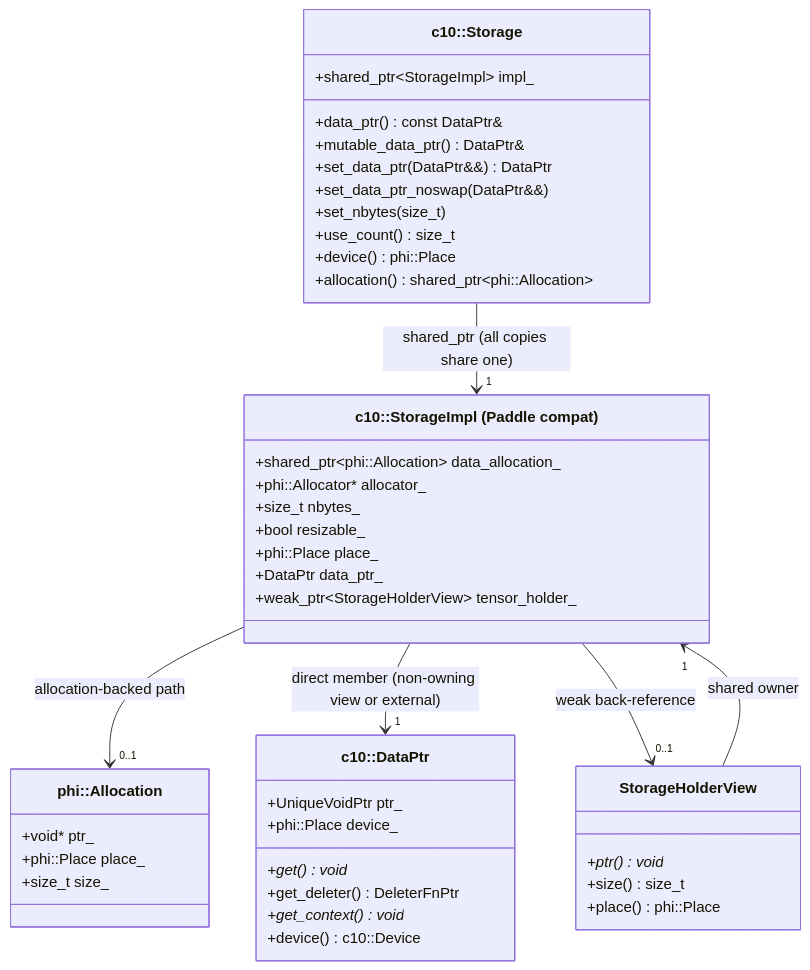
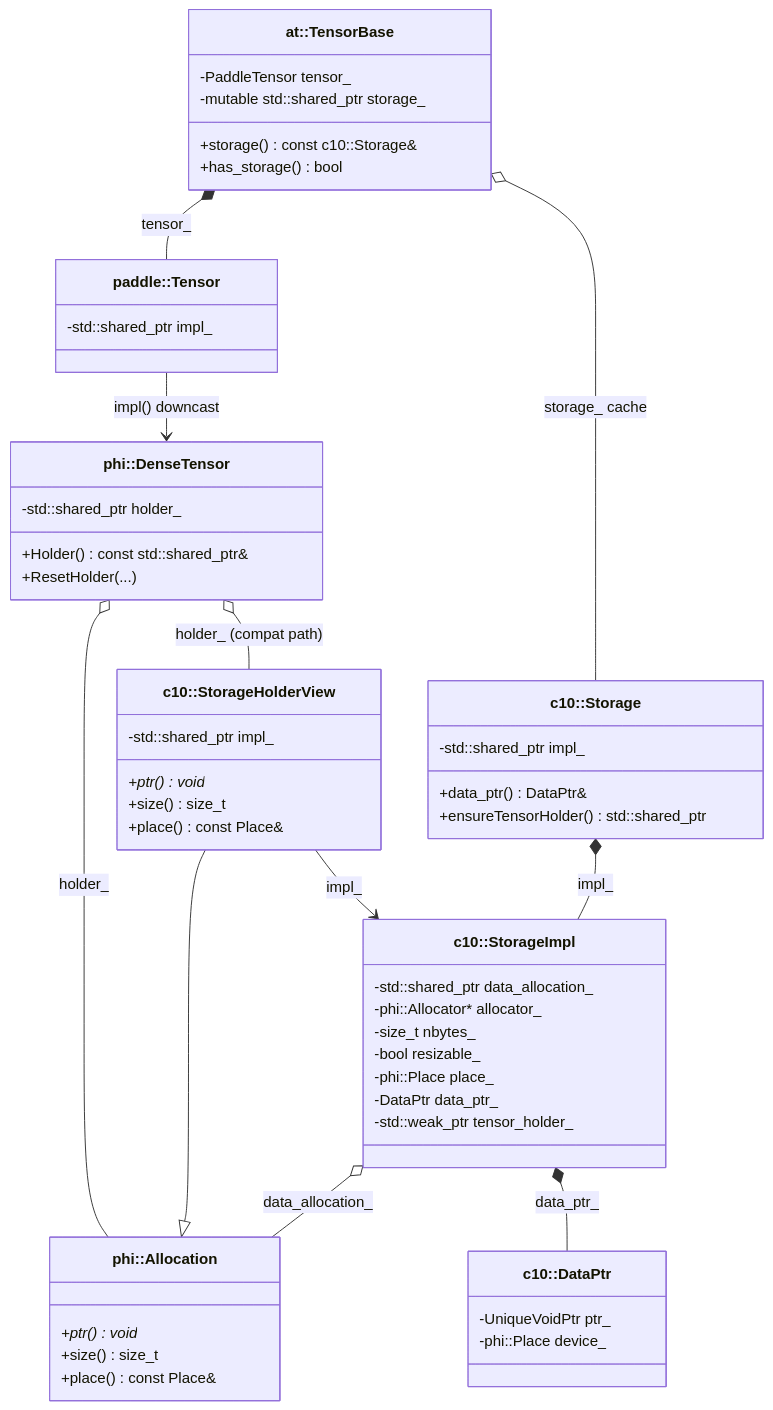
The first of 2 diagrams in doc/c10/core/storage_compat_arch.md (PFCCLab/PaddleCppAPITest), drawn with Mermaid before and after one commit. The commit also changed other lines of this file and 59 other files, not shown here.

````diff
--- a/doc/c10/core/storage_compat_arch.md
+++ b/doc/c10/core/storage_compat_arch.md
@@ -63,51 +15,64 @@
 ```mermaid
 classDiagram
-    class c10_Storage["c10::Storage"] {
-        +shared_ptr~StorageImpl~ impl_
-        +data_ptr() const DataPtr&
-        +mutable_data_ptr() DataPtr&
-        +set_data_ptr(DataPtr&&) DataPtr
-        +set_data_ptr_noswap(DataPtr&&)
-        +set_nbytes(size_t)
-        +use_count() size_t
-        +device() phi::Place
-        +allocation() shared_ptr~phi::Allocation~
+    class TensorBase["at::TensorBase"] {
+      -PaddleTensor tensor_
+      -mutable std::shared_ptr<c10::Storage> storage_
+      +storage() const c10::Storage&
+      +has_storage() bool
     }
 
-    class StorageImpl["c10::StorageImpl (Paddle compat)"] {
-        +shared_ptr~phi::Allocation~ data_allocation_
-        +phi::Allocator* allocator_
-        +size_t nbytes_
-        +bool resizable_
-        +phi::Place place_
-        +DataPtr data_ptr_
-        +weak_ptr~StorageHolderView~ tensor_holder_
+    class PaddleTensor["paddle::Tensor"] {
+      -std::shared_ptr<phi::TensorBase> impl_
     }
 
-    class StorageHolderView["StorageHolderView"] {
-        +ptr() void*
-        +size() size_t
-        +place() phi::Place
+    class Storage["c10::Storage"] {
+      -std::shared_ptr<StorageImpl> impl_
+      +data_ptr() DataPtr&
+      +ensureTensorHolder() std::shared_ptr<phi::Allocation>
+    }
+
+    class StorageImpl["c10::StorageImpl"] {
+      -std::shared_ptr<phi::Allocation> data_allocation_
+      -phi::Allocator* allocator_
+      -size_t nbytes_
+      -bool resizable_
+      -phi::Place place_
+      -DataPtr data_ptr_
+      -std::weak_ptr<StorageHolderView> tensor_holder_
+    }
+
+    class StorageHolderView["c10::StorageHolderView"] {
+      -std::shared_ptr<StorageImpl> impl_
+      +ptr() void*
+      +size() size_t
+      +place() const Place&
+    }
+
+    class DenseTensor["phi::DenseTensor"] {
+      -std::shared_ptr<phi::Allocation> holder_
+      +Holder() const std::shared_ptr<phi::Allocation>&
+      +ResetHolder(...)
+    }
+
+    class Allocation["phi::Allocation"] {
+      +ptr() void*
+      +size() size_t
+      +place() const Place&
     }
 
     class DataPtr["c10::DataPtr"] {
-        +UniqueVoidPtr ptr_
-        +phi::Place device_
-        +get() void*
-        +get_deleter() DeleterFnPtr
-        +get_context() void*
-        +device() c10::Device
+      -UniqueVoidPtr ptr_
+      -phi::Place device_
     }
 
-    class phi_Allocation["phi::Allocation"] {
-        +void* ptr_
-        +phi::Place place_
-        +size_t size_
-    }
-
-    c10_Storage --> "1" StorageImpl : shared_ptr (all copies share one)
-    StorageImpl --> "0..1" phi_Allocation : allocation-backed path
-    StorageImpl --> "1" DataPtr : direct member (non-owning view or external)
-    StorageImpl --> "0..1" StorageHolderView : weak back-reference
-    StorageHolderView --> "1" StorageImpl : shared owner
+    TensorBase *-- PaddleTensor : tensor_
+    TensorBase o-- Storage : storage_ cache
+    PaddleTensor --> DenseTensor : impl() downcast
+    Storage *-- StorageImpl : impl_
+    StorageImpl *-- DataPtr : data_ptr_
+    StorageImpl o-- Allocation : data_allocation_
+    StorageHolderView --|> Allocation
+    StorageHolderView --> StorageImpl : impl_
+    DenseTensor o-- Allocation : holder_
+    DenseTensor o-- StorageHolderView : holder_ (compat path)
 ```
````
